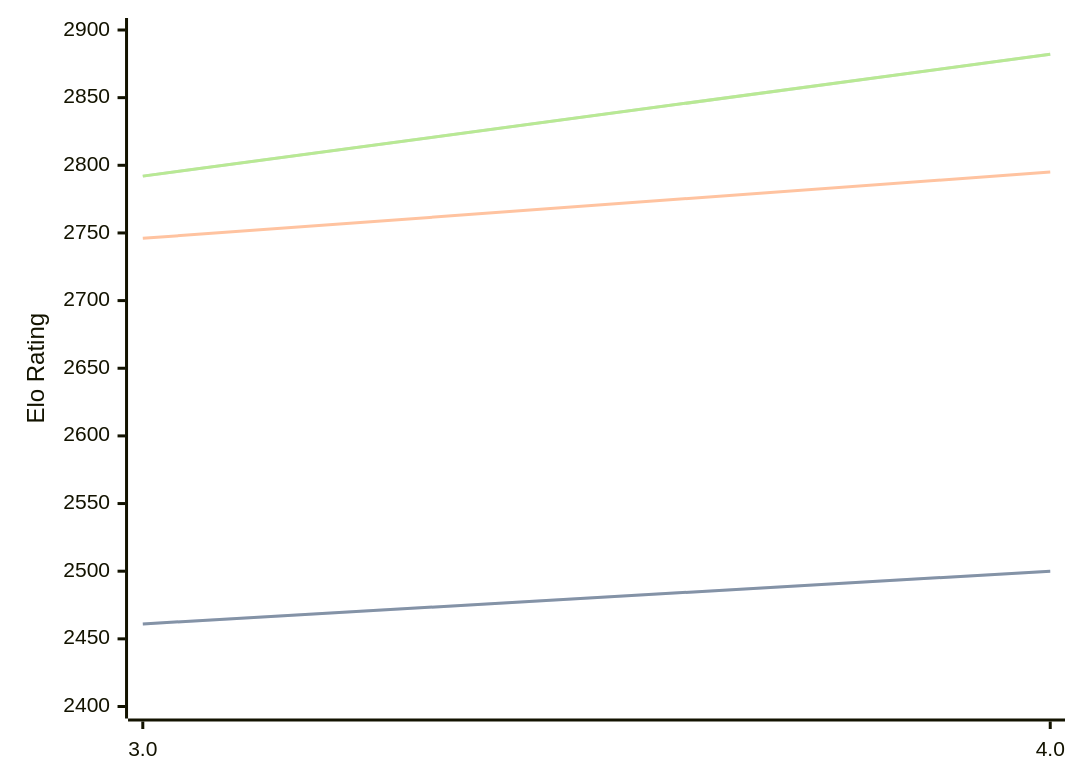
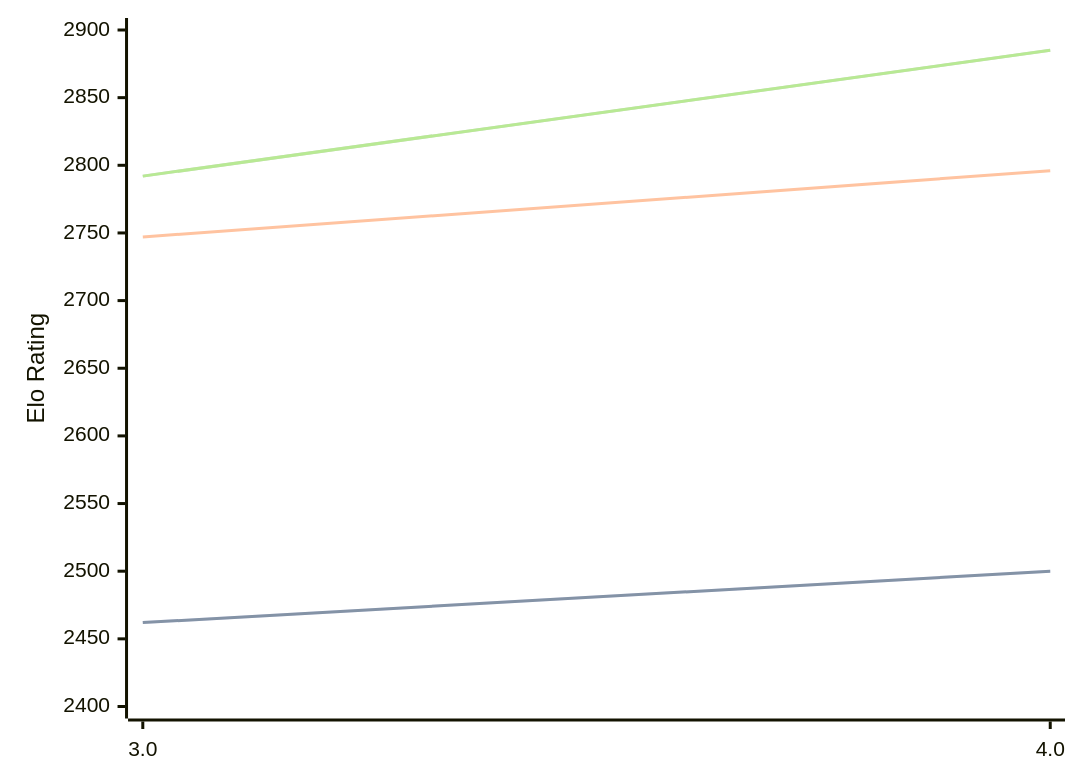
One commit to computer-chess-index/cci changed the third of 3 diagrams in engines/Chess3.md. Above: the diagram before and after it, drawn with Mermaid. The commit also changed other lines of this file, not shown here.

Commit message:
Update CCI Ratings (ELO VLTC) - 2026-07-13

````diff
--- a/engines/Chess3.md
+++ b/engines/Chess3.md
@@ -67,11 +67,11 @@
 ```mermaid
 %%{init: {"theme":"base","themeVariables":{"seriesColors:['#a3a3a3','#222221','#faa371']}}}%%
 xychart-beta
   x-axis ["3.0", "4.0"]
   y-axis "Elo Rating" 2400 --> 2900
-  line "STC (8.0+0.08s)" [2461, 2500]
-  line "STC (8.0+0.08s)" [2461, 2500]
-  line "LTC (60.0+0.60s)" [2746, 2795]
-  line "VLTC (2m24s+1.12s)" [2792, 2882]
-  line "VLTC (2m24s+1.12s)" [2792, 2882]
+  line "STC (8.0+0.08s)" [2462, 2500]
+  line "STC (8.0+0.08s)" [2462, 2500]
+  line "LTC (60.0+0.60s)" [2747, 2796]
+  line "VLTC (2m24s+1.12s)" [2792, 2885]
+  line "VLTC (2m24s+1.12s)" [2792, 2885]
 ```
````
